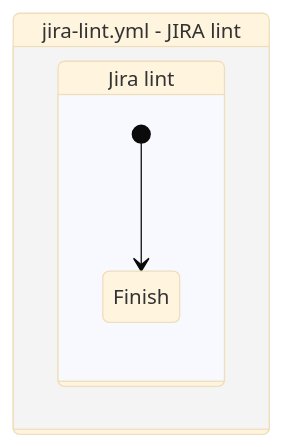
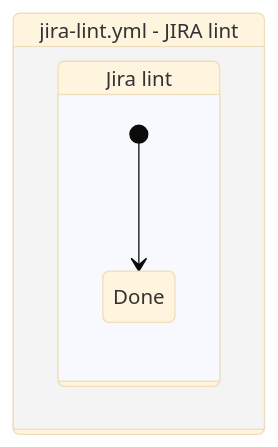
The diagram in docs/github-actions/tyk-analytics/jira-lint.yml.mermaid (TykTechnologies/exp), drawn with Mermaid (base theme) before and after one commit. The commit also changed 7 other files, not shown here.

```diff
--- a/docs/github-actions/tyk-analytics/jira-lint.yml.mermaid
+++ b/docs/github-actions/tyk-analytics/jira-lint.yml.mermaid
@@ -1,8 +1,9 @@
 stateDiagram-v2
     workflow : jira-lint.yml - JIRA lint
     state workflow {
         jira_lint: Jira lint
         state jira_lint {
-            [*] --> Finish
+            jira_lint_finish: Done
+            [*] --> jira_lint_finish
         }
     }
```
